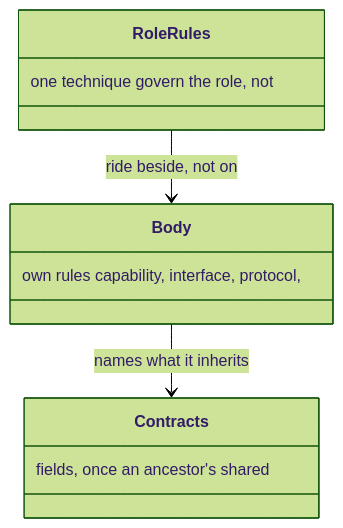
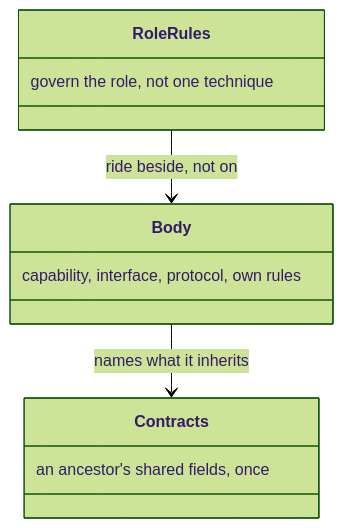
One commit to m2ux/workflow-server changed diagram 14 of 14 in docs/technique.md. Above: the diagram before and after it, drawn with Mermaid (forest theme). The commit also changed other lines of this file and 10 other files, not shown here.

Commit message:
Write each class-box note in reading order so the diagram shows the phrase as written.

````diff
--- a/docs/technique.md
+++ b/docs/technique.md
@@ -353,14 +353,14 @@
 ```mermaid
 classDiagram
   class Body {
-    own rules capability, interface, protocol,
+    capability, interface, protocol, own rules
   }
   class Contracts {
-    fields, once an ancestor's shared
+    an ancestor's shared fields, once
   }
   class RoleRules {
-    one technique govern the role, not
+    govern the role, not one technique
   }
   Body --> Contracts : names what it inherits
   RoleRules --> Body : ride beside, not on
 ```
````
